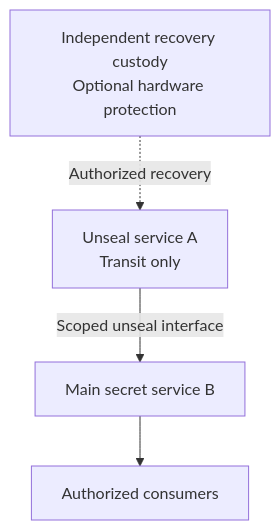
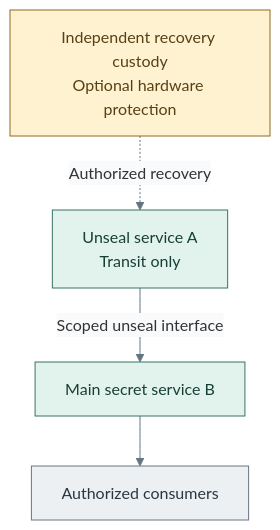
One commit to Rexus/homelab changed the diagram in docs/architecture/cryptography/vault-seal.md. Above: the diagram before and after it, drawn with Mermaid. The commit also changed 49 other files, not shown here.

Commit message:
docs(diagrams): clarify tier layouts and visual styles

````diff
--- a/docs/architecture/cryptography/vault-seal.md
+++ b/docs/architecture/cryptography/vault-seal.md
@@ -42,6 +42,14 @@
 ```mermaid
+%%{init: {"theme":"base","themeVariables":{"lineColor":"#627581","edgeLabelBackground":"#f8fafc"}}}%%
 flowchart TB
   Custody["Independent recovery custody<br/>Optional hardware protection"] -. "Authorized recovery" .-> A["Unseal service A<br/>Transit only"]
   A -->|Scoped unseal interface| B["Main secret service B"]
   B --> Consumers["Authorized consumers"]
+  classDef default fill:#f8fafc,stroke:#64748b,color:#1f2937
+  classDef custody fill:#fff2d1,stroke:#926820,color:#584013
+  classDef control fill:#e2f3ed,stroke:#397366,color:#173f36
+  classDef actor fill:#edf0f3,stroke:#697682,color:#293642
+  class Custody custody
+  class A,B control
+  class Consumers actor
 ```
````
